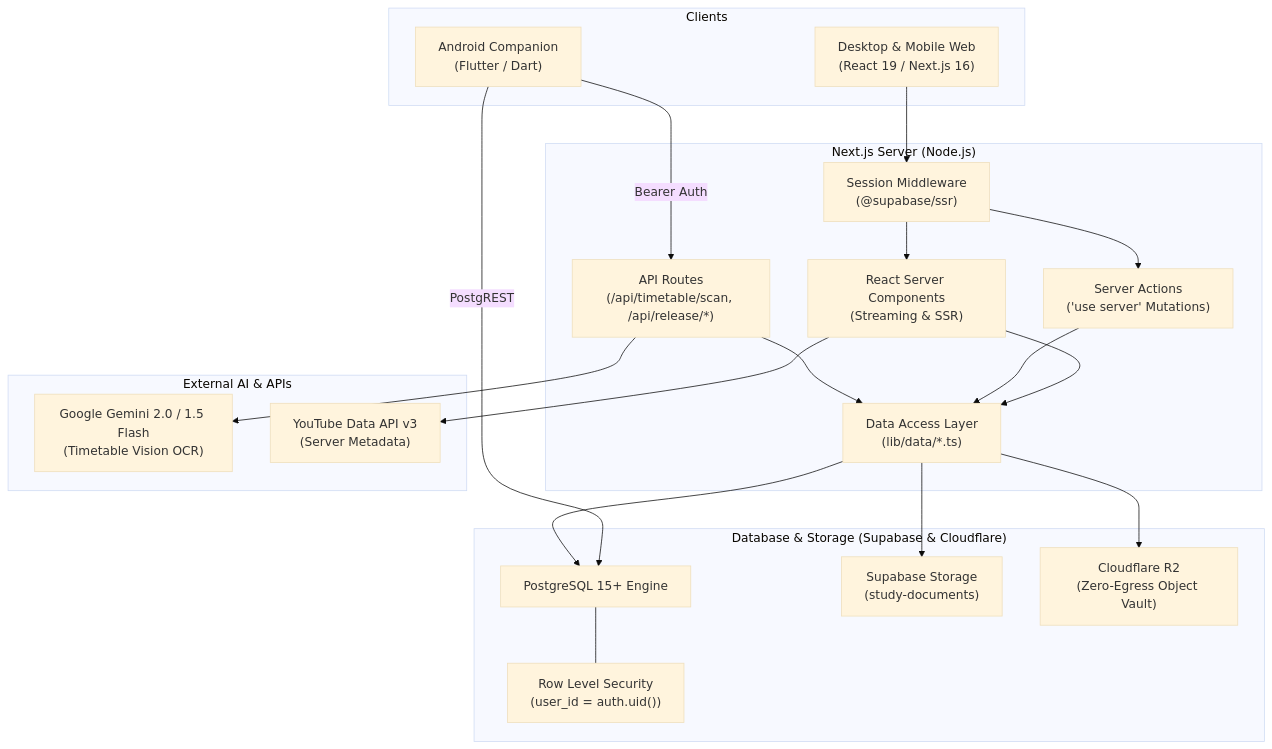
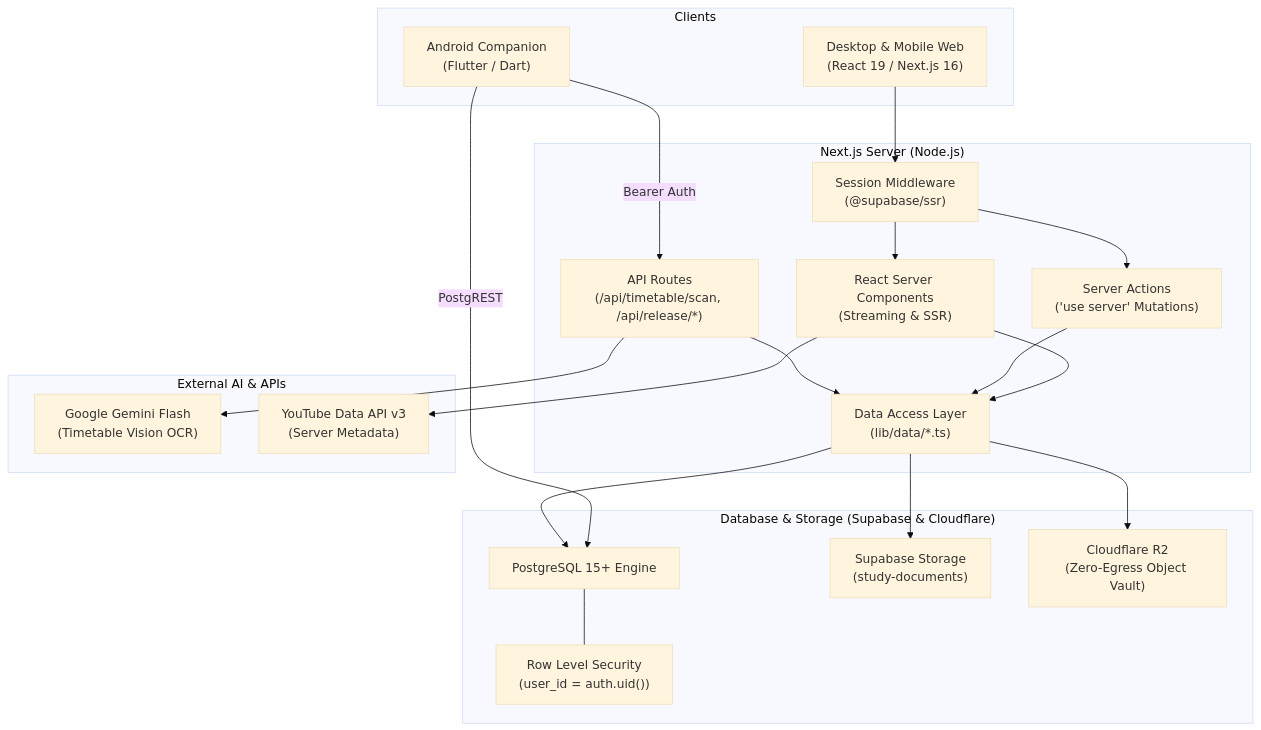
The diagram in README.md (sachin06dev/StudySpace), drawn with Mermaid (base theme) before and after one commit. The commit also changed other lines of this file and 15 other files, not shown here.

````diff
--- a/README.md
+++ b/README.md
@@ -185,45 +181,45 @@
 ```mermaid
 graph TD
     subgraph Clients["Clients"]
         Browser["Desktop & Mobile Web<br/>(React 19 / Next.js 16)"]
         AndroidApp["Android Companion<br/>(Flutter / Dart)"]
     end
 
     subgraph AppServer["Next.js Server (Node.js)"]
         Middleware["Session Middleware<br/>(@supabase/ssr)"]
         RSC["React Server Components<br/>(Streaming & SSR)"]
         ServerActions["Server Actions<br/>('use server' Mutations)"]
         ApiRoutes["API Routes<br/>(/api/timetable/scan, /api/release/*)"]
         DAL["Data Access Layer<br/>(lib/data/*.ts)"]
     end
 
     subgraph Backend["Database & Storage (Supabase & Cloudflare)"]
         Postgres["PostgreSQL 15+ Engine"]
         RLS["Row Level Security<br/>(user_id = auth.uid())"]
         SupaStorage["Supabase Storage<br/>(study-documents)"]
         R2Storage["Cloudflare R2<br/>(Zero-Egress Object Vault)"]
     end
 
     subgraph AIExternal["External AI & APIs"]
-        GeminiVision["Google Gemini 2.0 / 1.5 Flash<br/>(Timetable Vision OCR)"]
+        GeminiVision["Google Gemini Flash<br/>(Timetable Vision OCR)"]
         YouTubeAPI["YouTube Data API v3<br/>(Server Metadata)"]
     end
 
     Browser --> Middleware
     Middleware --> RSC
     Middleware --> ServerActions
     AndroidApp -->|Bearer Auth| ApiRoutes
     AndroidApp -->|PostgREST| Postgres
 
     RSC --> DAL
     ServerActions --> DAL
     ApiRoutes --> DAL
 
     DAL --> Postgres
     Postgres --- RLS
 
     DAL --> SupaStorage
     DAL --> R2Storage
     ApiRoutes --> GeminiVision
     RSC --> YouTubeAPI
 ```
````
